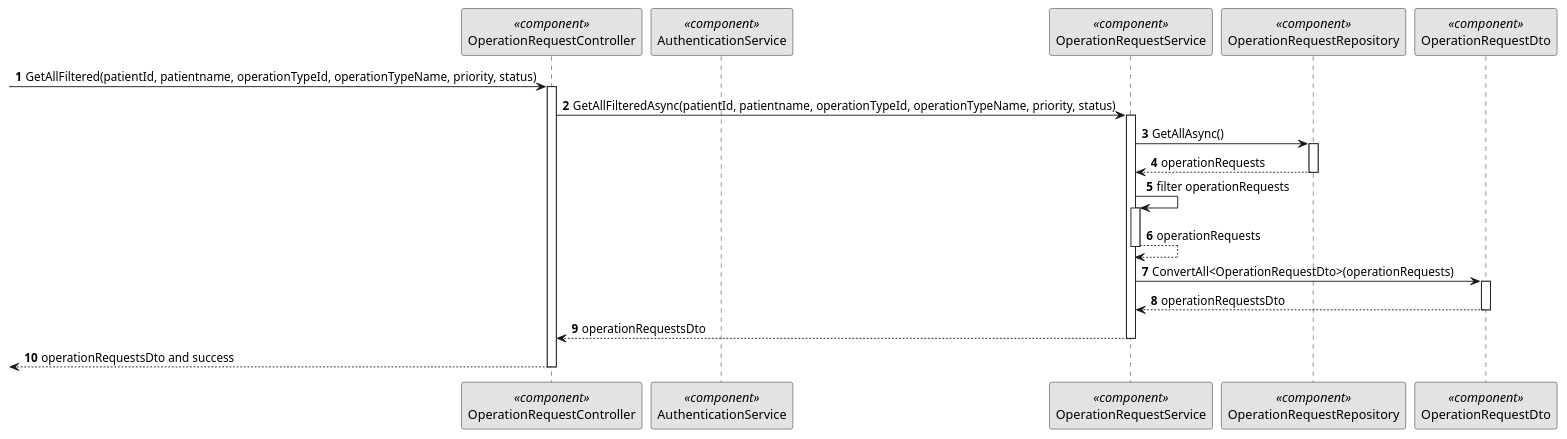
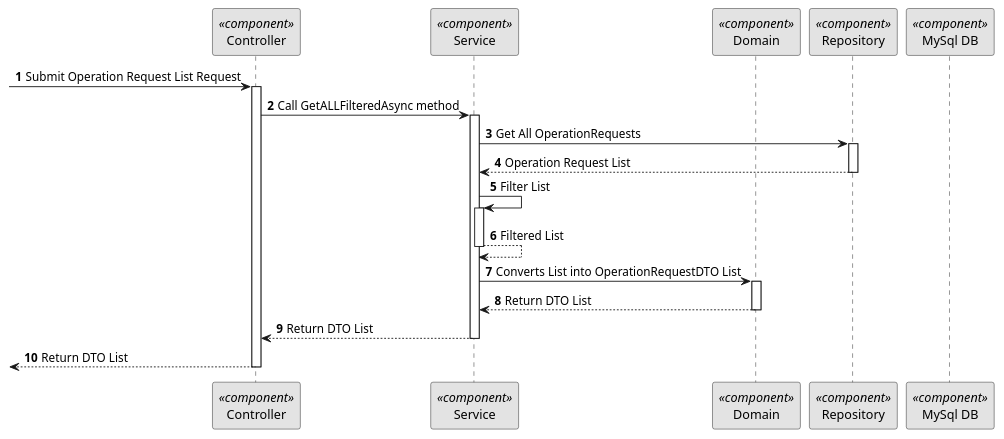
Before and after one commit to Ana-Miguel-Silva/SurgicalAppointmentAndResourceManagement: the diagram in docs/BackofficeModule/5.1.19/sequence-diagram-3.puml, drawn with PlantUML. The commit also changed 8 other files, not shown here.

```diff
--- a/docs/BackofficeModule/5.1.19/sequence-diagram-3.puml
+++ b/docs/BackofficeModule/5.1.19/sequence-diagram-3.puml
@@ -1,47 +1,44 @@
-@startuml 5.1.1
+@startuml 5.1.19
 skinparam monochrome true
 skinparam packageStyle rectangle
 skinparam shadowing false
 
 autonumber
 
-participant "OperationRequestController" as CTRL <<component>>
-participant "AuthenticationService" as Auth <<component>>
+participant "Controller" as CTRL <<component>>
+participant "Service" as SERV <<component>>
+participant "Domain" as DOM <<component>>
+participant "Repository" as REPO <<component>>
+participant "MySql DB" as BDD <<component>>
 
-participant "OperationRequestService" as SERV <<component>>
-
-participant "OperationRequestRepository" as REPO <<component>>
-participant "OperationRequestDto" as dto <<component>>
-
-
--> CTRL: GetAllFiltered(patientId, patientname, operationTypeId, operationTypeName, priority, status)
+-> CTRL: Submit Operation Request List Request
 activate CTRL
 
-CTRL -> SERV: GetAllFilteredAsync(patientId, patientname, operationTypeId, operationTypeName, priority, status)
+CTRL -> SERV: Call GetALLFilteredAsync method
 activate SERV
 
-SERV -> REPO: GetAllAsync()
+SERV -> REPO: Get All OperationRequests
 activate REPO
 
-REPO --> SERV: operationRequests
+REPO --> SERV: Operation Request List
 deactivate REPO
 
-SERV -> SERV: filter operationRequests
+SERV -> SERV: Filter List
 activate SERV
 
-SERV --> SERV: operationRequests
+SERV --> SERV: Filtered List
 deactivate SERV
 
-SERV -> dto: ConvertAll<OperationRequestDto>(operationRequests)
-activate dto
+SERV -> DOM : Converts List into OperationRequestDTO List
+activate DOM
 
-dto --> SERV: operationRequestsDto
-deactivate dto
+DOM --> SERV : Return DTO List
+deactivate DOM
 
-SERV --> CTRL: operationRequestsDto
+SERV --> CTRL : Return DTO List
 deactivate SERV
 
-<-- CTRL: operationRequestsDto and success
+<-- CTRL  : Return DTO List
 deactivate CTRL
 
 @enduml
```
